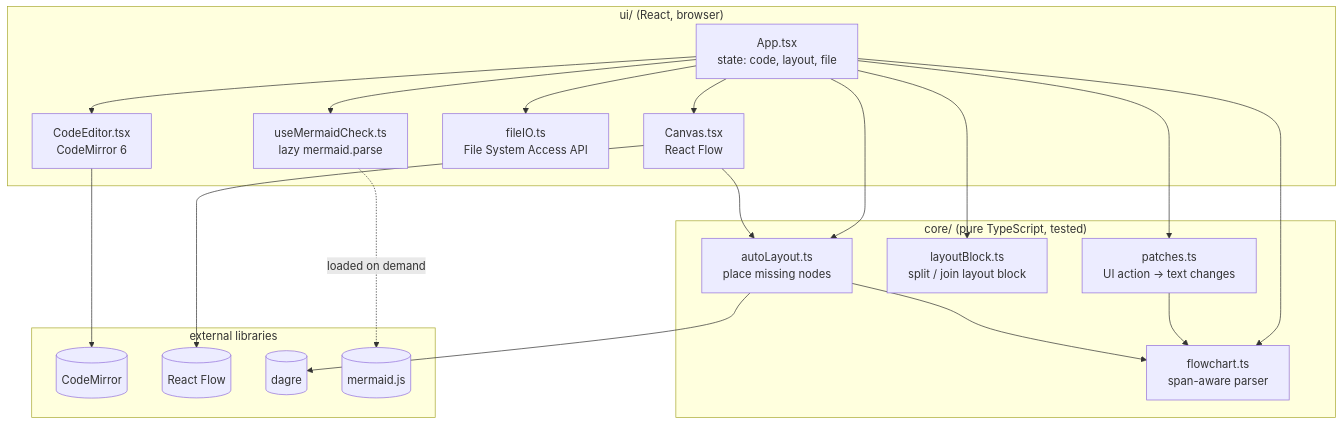
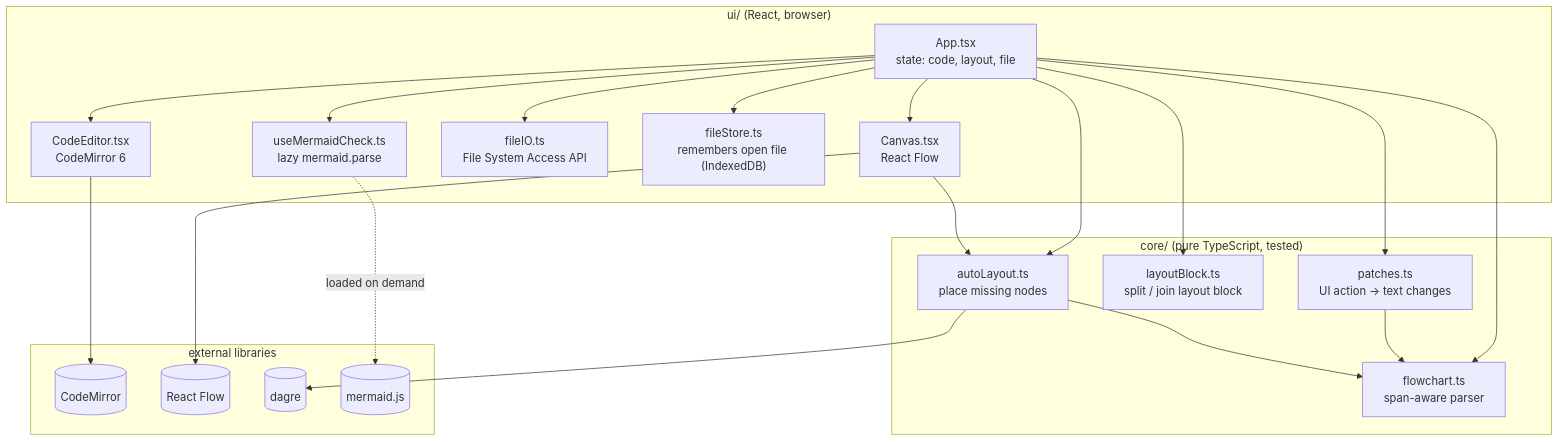
Before and after one commit to oguzmum/mirrormaid: the first of 3 diagrams in docs/architecture.md, drawn with Mermaid. The commit also changed other lines of this file, not shown here.

Commit message:
add file management/flow to architecture

````diff
--- a/docs/architecture.md
+++ b/docs/architecture.md
@@ -12,41 +13,43 @@
 ```mermaid
 flowchart TB
     subgraph UI["ui/ (React, browser)"]
         App["App.tsx<br/>state: code, layout, file"]
         Editor["CodeEditor.tsx<br/>CodeMirror 6"]
         Canvas["Canvas.tsx<br/>React Flow"]
         FileIO["fileIO.ts<br/>File System Access API"]
+        FileStore["fileStore.ts<br/>remembers open file (IndexedDB)"]
         Check["useMermaidCheck.ts<br/>lazy mermaid.parse"]
     end
 
     subgraph Core["core/ (pure TypeScript, tested)"]
         Parser["flowchart.ts<br/>span-aware parser"]
         Patches["patches.ts<br/>UI action → text changes"]
         Block["layoutBlock.ts<br/>split / join layout block"]
         Auto["autoLayout.ts<br/>place missing nodes"]
     end
 
     subgraph Libs["external libraries"]
         CM[(CodeMirror)]
         RF[(React Flow)]
         Dagre[(dagre)]
         Mermaid[(mermaid.js)]
     end
 
     App --> Editor
     App --> Canvas
     App --> FileIO
+    App --> FileStore
     App --> Check
     App --> Parser
     App --> Patches
     App --> Block
     App --> Auto
 
     Patches --> Parser
     Auto --> Parser
     Auto --> Dagre
     Canvas --> Auto
     Editor --> CM
     Canvas --> RF
     Check -.->|loaded on demand| Mermaid
 ```
````
